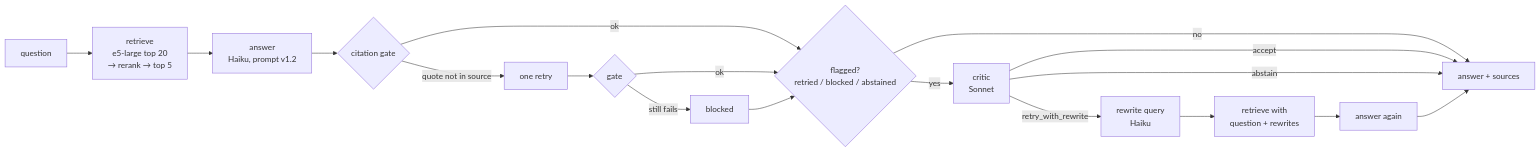
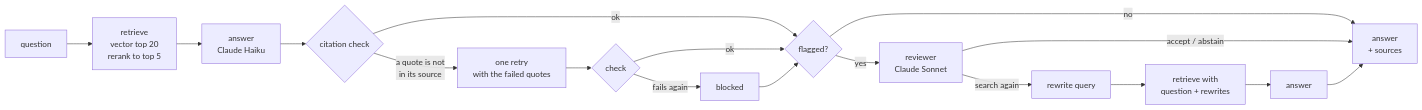
The diagram in README.md (Assaf368/rights-rag), drawn with Mermaid before and after one commit. The commit also changed other lines of this file and 4 other files, not shown here.

````diff
--- a/README.md
+++ b/README.md
@@ -36,16 +43,15 @@
 ```mermaid
 flowchart LR
-    Q[question] --> R[retrieve<br/>e5-large top 20<br/>→ rerank → top 5]
-    R --> A[answer<br/>Haiku, prompt v1.2]
-    A --> G{citation gate}
-    G -- quote not in source --> A2[one retry] --> G2{gate}
-    G2 -- still fails --> B[blocked]
-    G -- ok --> F{flagged?<br/>retried / blocked / abstained}
+    Q[question] --> R[retrieve<br/>vector top 20<br/>rerank to top 5]
+    R --> A[answer<br/>Claude Haiku]
+    A --> G{citation check}
+    G -- a quote is not<br/>in its source --> A2[one retry<br/>with the failed quotes] --> G2{check}
+    G2 -- fails again --> B[blocked]
+    G -- ok --> F{flagged?}
     G2 -- ok --> F
     B --> F
-    F -- no --> OUT[answer + sources]
-    F -- yes --> C[critic<br/>Sonnet]
-    C -- accept --> OUT
-    C -- abstain --> OUT
-    C -- retry_with_rewrite --> RW[rewrite query<br/>Haiku] --> R2[retrieve with<br/>question + rewrites] --> A3[answer again] --> OUT
+    F -- no --> OUT[answer<br/>+ sources]
+    F -- yes --> C[reviewer<br/>Claude Sonnet]
+    C -- accept / abstain --> OUT
+    C -- search again --> RW[rewrite query] --> R2[retrieve with<br/>question + rewrites] --> A3[answer] --> OUT
 ```
````
